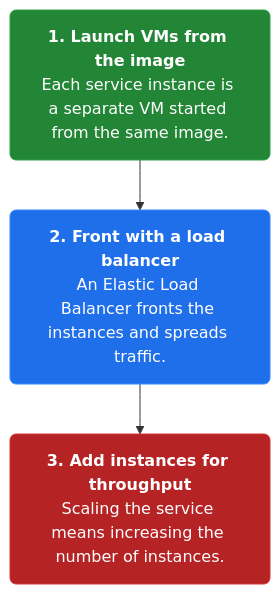
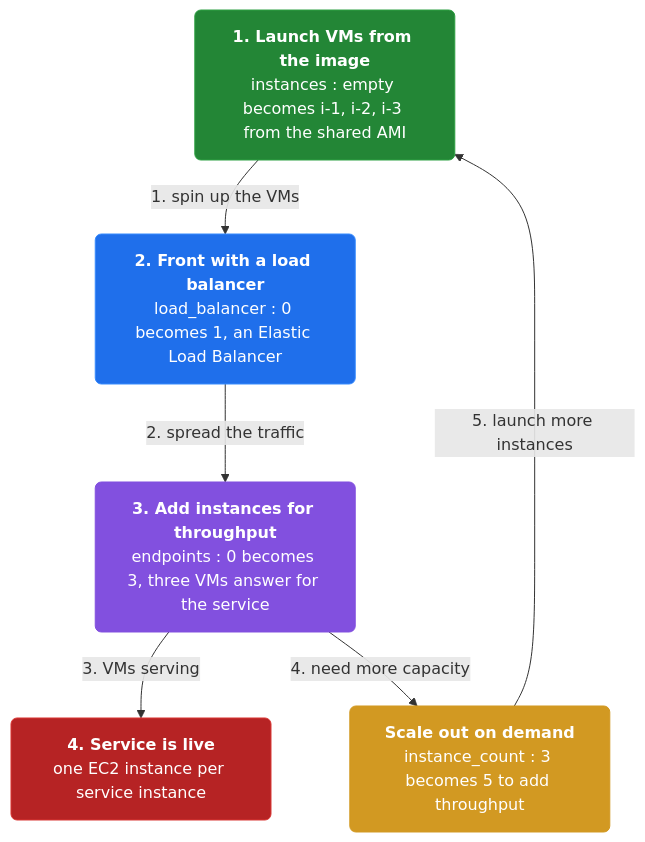
One commit to vinayakuber/microservices-io-study-guide changed the second of 4 diagrams in docs/ch38-service-per-vm.md. Above: the diagram before and after it, drawn with Mermaid. The commit also changed other lines of this file and 46 other files, not shown here.

First line of the commit message:
Author rich branching flow diagrams for all 44 chapters

````diff
--- a/docs/ch38-service-per-vm.md
+++ b/docs/ch38-service-per-vm.md
@@ -50,11 +57,18 @@
 ```mermaid
 flowchart TD
-  classDef step fill:#1f6feb,color:#ffffff,stroke:#388bfd,stroke-width:1px,rx:6
+  classDef step fill:#1f6feb,color:#ffffff,stroke:#388bfd,rx:6
+  classDef core fill:#8250df,color:#ffffff,stroke:#8250df,rx:6
+  classDef warn fill:#d29922,color:#ffffff,stroke:#d29922,rx:6
   classDef start fill:#238636,color:#ffffff,stroke:#2ea043,rx:6
   classDef stop fill:#b62324,color:#ffffff,stroke:#da3633,rx:6
-  s1n0["<b>1. Launch VMs from the image</b><br/>Each service instance is a separate VM started from the same image."]:::start
-  s1n1["<b>2. Front with a load balancer</b><br/>An Elastic Load Balancer fronts the instances and spreads traffic."]:::step
-  s1n2["<b>3. Add instances for throughput</b><br/>Scaling the service means increasing the number of instances."]:::stop
-  s1n0 --> s1n1
-  s1n1 --> s1n2
+  n0["<b>1. Launch VMs from the image</b><br/>instances : empty becomes i-1, i-2, i-3 from the shared AMI"]:::start
+  n1["<b>2. Front with a load balancer</b><br/>load_balancer : 0 becomes 1, an Elastic Load Balancer"]:::step
+  n2["<b>3. Add instances for throughput</b><br/>endpoints : 0 becomes 3, three VMs answer for the service"]:::core
+  n3["<b>4. Service is live</b><br/>one EC2 instance per service instance"]:::stop
+  n4["<b>Scale out on demand</b><br/>instance_count : 3 becomes 5 to add throughput"]:::warn
+  n0 -->|"1. spin up the VMs"| n1
+  n1 -->|"2. spread the traffic"| n2
+  n2 -->|"3. VMs serving"| n3
+  n2 -->|"4. need more capacity"| n4
+  n4 -->|"5. launch more instances"| n0
 ```
````
